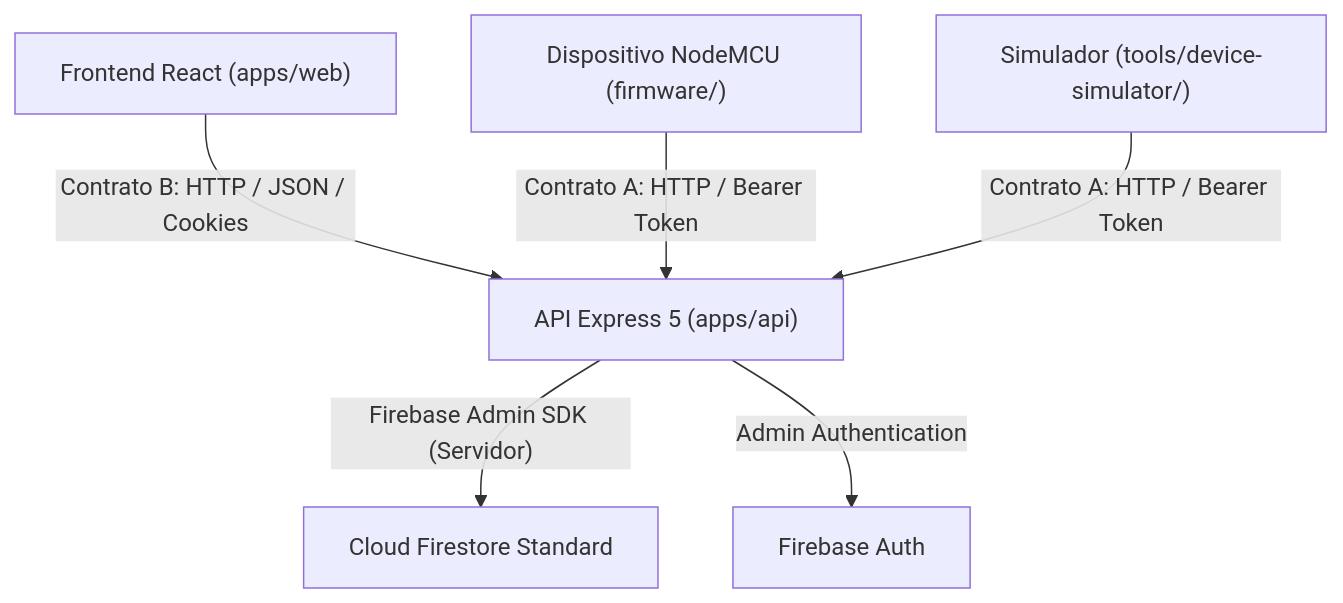
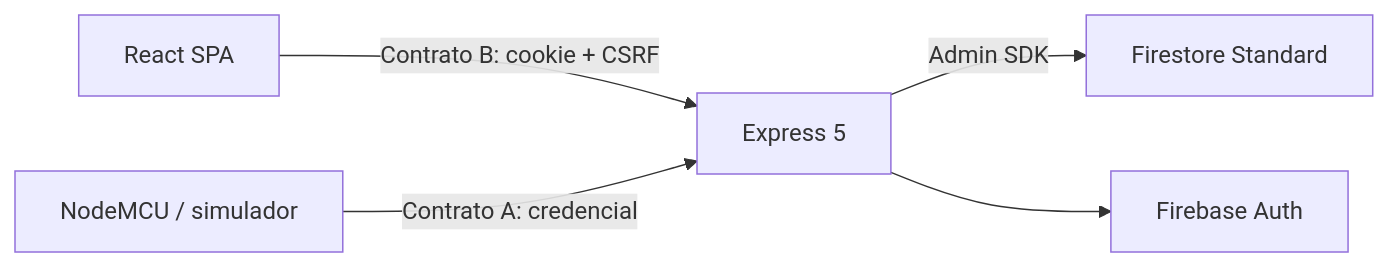
One commit to codsebas/PulsoLink changed the diagram in docs/arquitectura/README.md. Above: the diagram before and after it, drawn with Mermaid. The commit also changed other lines of this file and 14 other files, not shown here.

Commit message:
docs(architecture): publish patient-centered contract and migration plan

````diff
--- a/docs/arquitectura/README.md
+++ b/docs/arquitectura/README.md
@@ -9,8 +5,7 @@
 ```mermaid
-flowchart TD
-    WEB["Frontend React (apps/web)"] -->|"Contrato B: HTTP / JSON / Cookies"| API["API Express 5 (apps/api)"]
-    DEV["Dispositivo NodeMCU (firmware/)"] -->|"Contrato A: HTTP / Bearer Token"| API
-    SIM["Simulador (tools/device-simulator/)"] -->|"Contrato A: HTTP / Bearer Token"| API
-    API -->|"Firebase Admin SDK (Servidor)"| FIRESTORE["Cloud Firestore Standard"]
-    API -->|"Admin Authentication"| AUTH["Firebase Auth"]
+flowchart LR
+  WEB[React SPA] -->|Contrato B: cookie + CSRF| API[Express 5]
+  DEV[NodeMCU / simulador] -->|Contrato A: credencial| API
+  API -->|Admin SDK| DB[Firestore Standard]
+  API --> AUTH[Firebase Auth]
 ```
````
